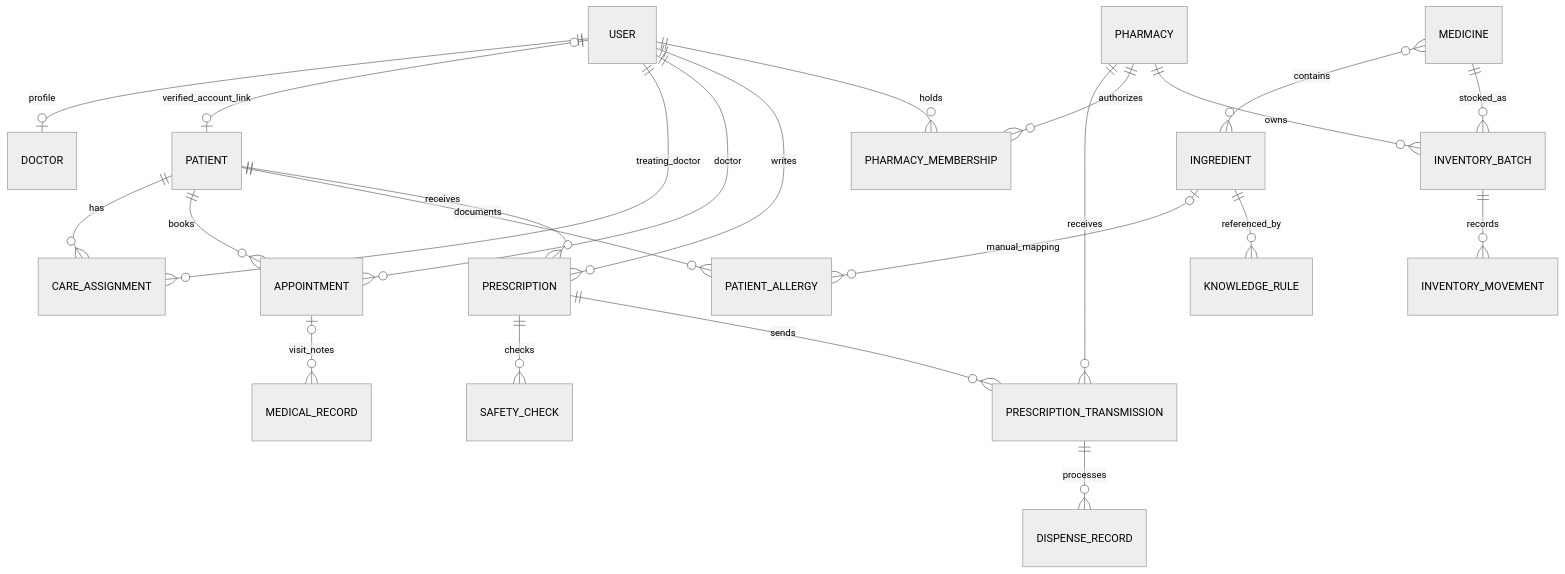
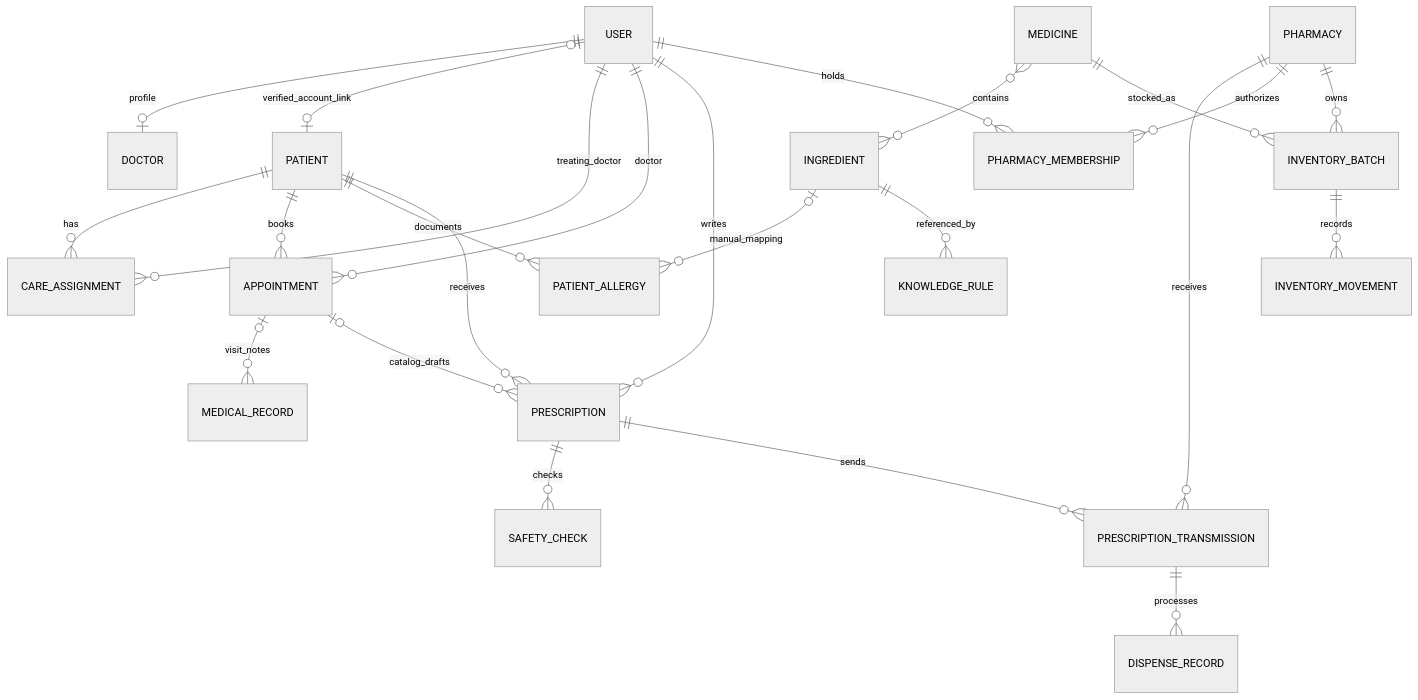
One commit to hayatullah-zaland/hospital-digital-prescription-system changed the second of 3 diagrams in docs/BACKEND_PLAN.md. Above: the diagram before and after it, drawn with Mermaid (neutral theme). The commit also changed other lines of this file and 9 other files, not shown here.

````diff
--- a/docs/BACKEND_PLAN.md
+++ b/docs/BACKEND_PLAN.md
@@ -110,25 +110,26 @@
 ```mermaid
 erDiagram
     USER ||--o| DOCTOR : profile
     USER o|--o| PATIENT : verified_account_link
     PATIENT ||--o{ CARE_ASSIGNMENT : has
     USER ||--o{ CARE_ASSIGNMENT : treating_doctor
     PATIENT ||--o{ APPOINTMENT : books
     USER ||--o{ APPOINTMENT : doctor
     APPOINTMENT o|--o{ MEDICAL_RECORD : visit_notes
+    APPOINTMENT o|--o{ PRESCRIPTION : catalog_drafts
     PATIENT ||--o{ PATIENT_ALLERGY : documents
     PATIENT ||--o{ PRESCRIPTION : receives
     USER ||--o{ PRESCRIPTION : writes
     PRESCRIPTION ||--o{ SAFETY_CHECK : checks
     MEDICINE }o--o{ INGREDIENT : contains
     INGREDIENT o|--o{ PATIENT_ALLERGY : manual_mapping
     INGREDIENT ||--o{ KNOWLEDGE_RULE : referenced_by
     PRESCRIPTION ||--o{ PRESCRIPTION_TRANSMISSION : sends
     PHARMACY ||--o{ PRESCRIPTION_TRANSMISSION : receives
     USER ||--o{ PHARMACY_MEMBERSHIP : holds
     PHARMACY ||--o{ PHARMACY_MEMBERSHIP : authorizes
     PRESCRIPTION_TRANSMISSION ||--o{ DISPENSE_RECORD : processes
     PHARMACY ||--o{ INVENTORY_BATCH : owns
     MEDICINE ||--o{ INVENTORY_BATCH : stocked_as
     INVENTORY_BATCH ||--o{ INVENTORY_MOVEMENT : records
 ```
````
